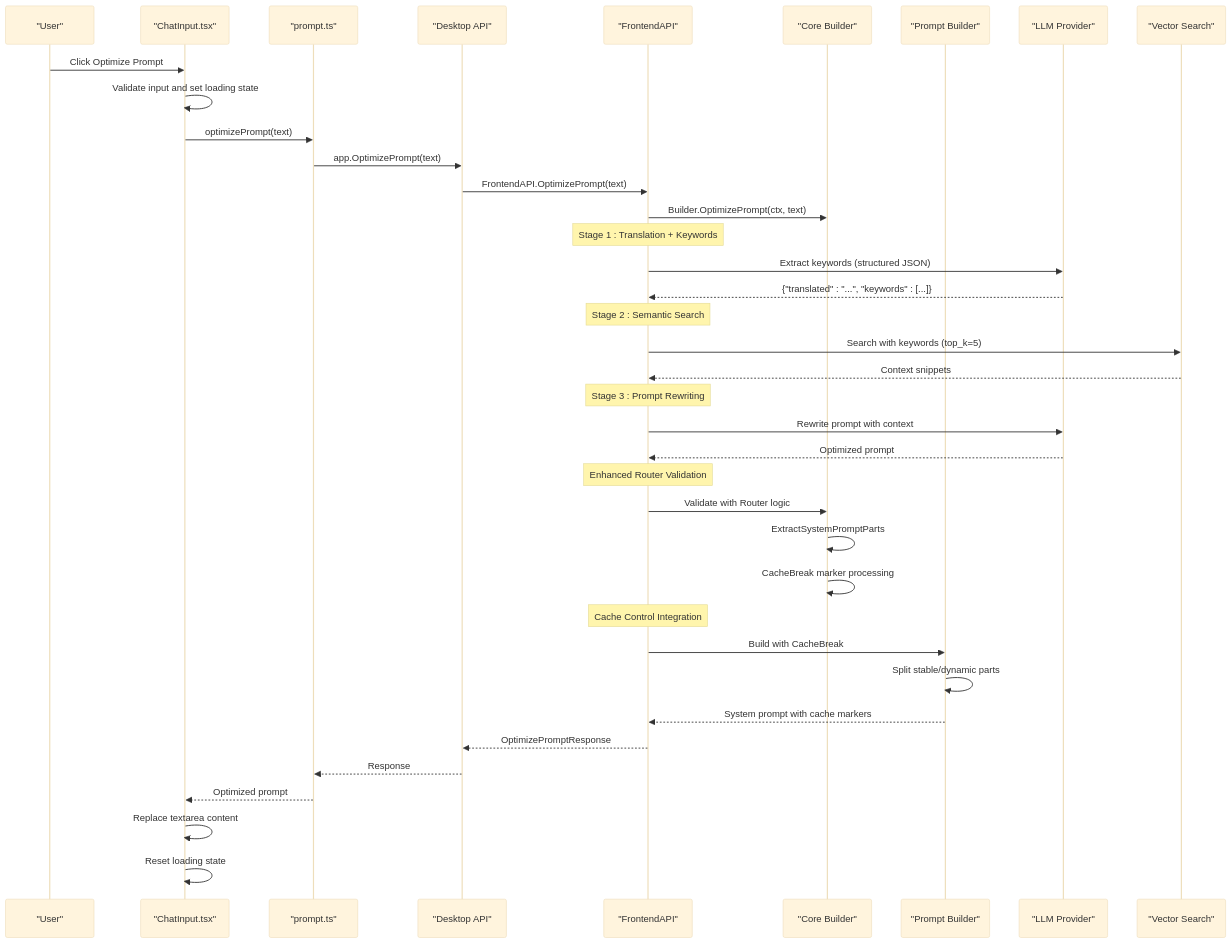
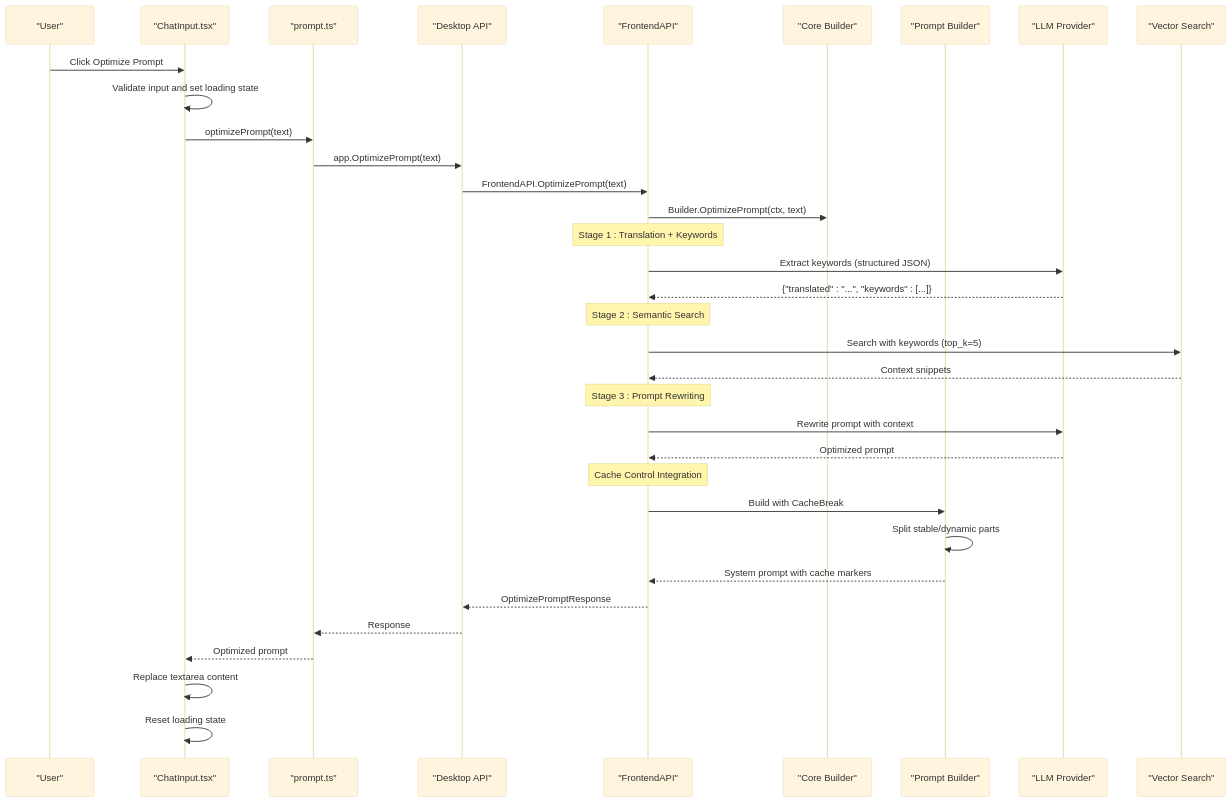
Before and after one commit to v0lka/c0wrk: the first of 5 diagrams in .qoder/repowiki/en/content/Architecture/Core AI Engine Architecture/Prompt Optimization Feature.md, drawn with Mermaid (base theme). The commit also changed other lines of this file and 49 other files, not shown here.

````diff
--- a/.qoder/repowiki/en/content/Architecture/Core AI Engine Architecture/Prompt Optimization Feature.md
+++ b/.qoder/repowiki/en/content/Architecture/Core AI Engine Architecture/Prompt Optimization Feature.md
@@ -80,40 +77,36 @@
 ```mermaid
 sequenceDiagram
 participant User as "User"
 participant UI as "ChatInput.tsx"
 participant API as "prompt.ts"
 participant Desktop as "Desktop API"
 participant Backend as "FrontendAPI"
 participant Core as "Core Builder"
 participant PromptBuilder as "Prompt Builder"
 participant LLM as "LLM Provider"
 participant Vector as "Vector Search"
 User->>UI : Click Optimize Prompt
 UI->>UI : Validate input and set loading state
 UI->>API : optimizePrompt(text)
 API->>Desktop : app.OptimizePrompt(text)
 Desktop->>Backend : FrontendAPI.OptimizePrompt(text)
 Backend->>Core : Builder.OptimizePrompt(ctx, text)
 Note over Backend : Stage 1 : Translation + Keywords
 Backend->>LLM : Extract keywords (structured JSON)
 LLM-->>Backend : {"translated" : "...", "keywords" : [...]}
 Note over Backend : Stage 2 : Semantic Search
 Backend->>Vector : Search with keywords (top_k=5)
 Vector-->>Backend : Context snippets
 Note over Backend : Stage 3 : Prompt Rewriting
 Backend->>LLM : Rewrite prompt with context
 LLM-->>Backend : Optimized prompt
-Note over Backend : Enhanced Router Validation
-Backend->>Core : Validate with Router logic
-Core->>Core : ExtractSystemPromptParts
-Core->>Core : CacheBreak marker processing
 Note over Backend : Cache Control Integration
 Backend->>PromptBuilder : Build with CacheBreak
 PromptBuilder->>PromptBuilder : Split stable/dynamic parts
 PromptBuilder-->>Backend : System prompt with cache markers
 Backend-->>Desktop : OptimizePromptResponse
 Desktop-->>API : Response
 API-->>UI : Optimized prompt
 UI->>UI : Replace textarea content
 UI->>UI : Reset loading state
 ```
````
